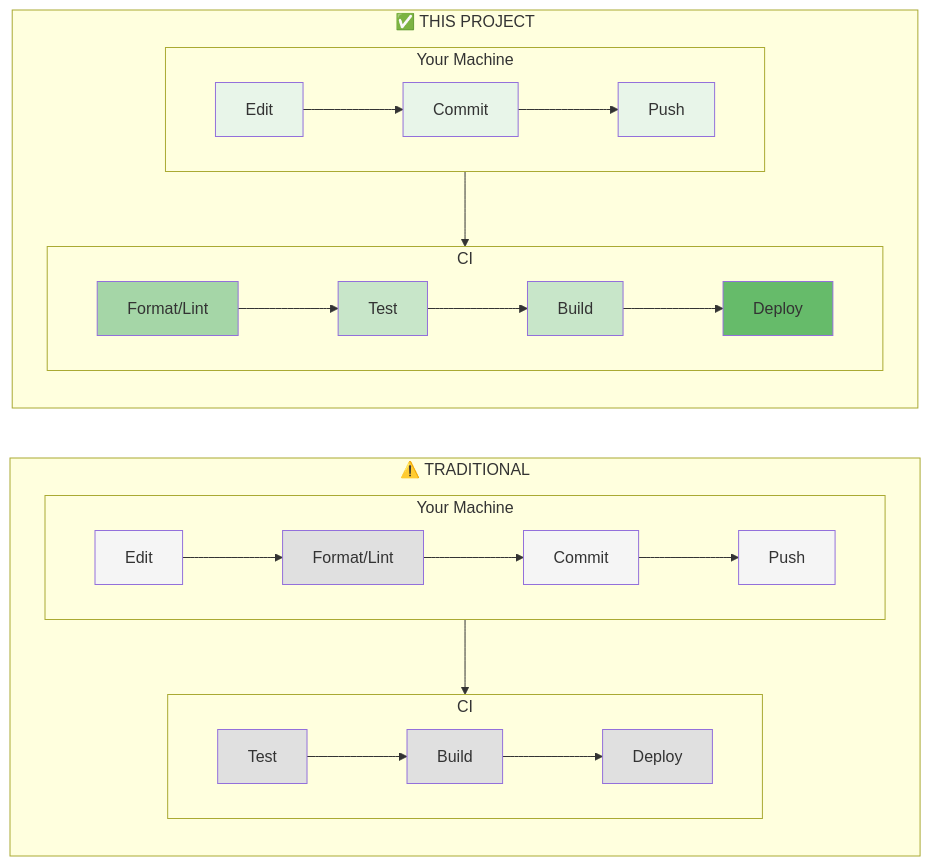
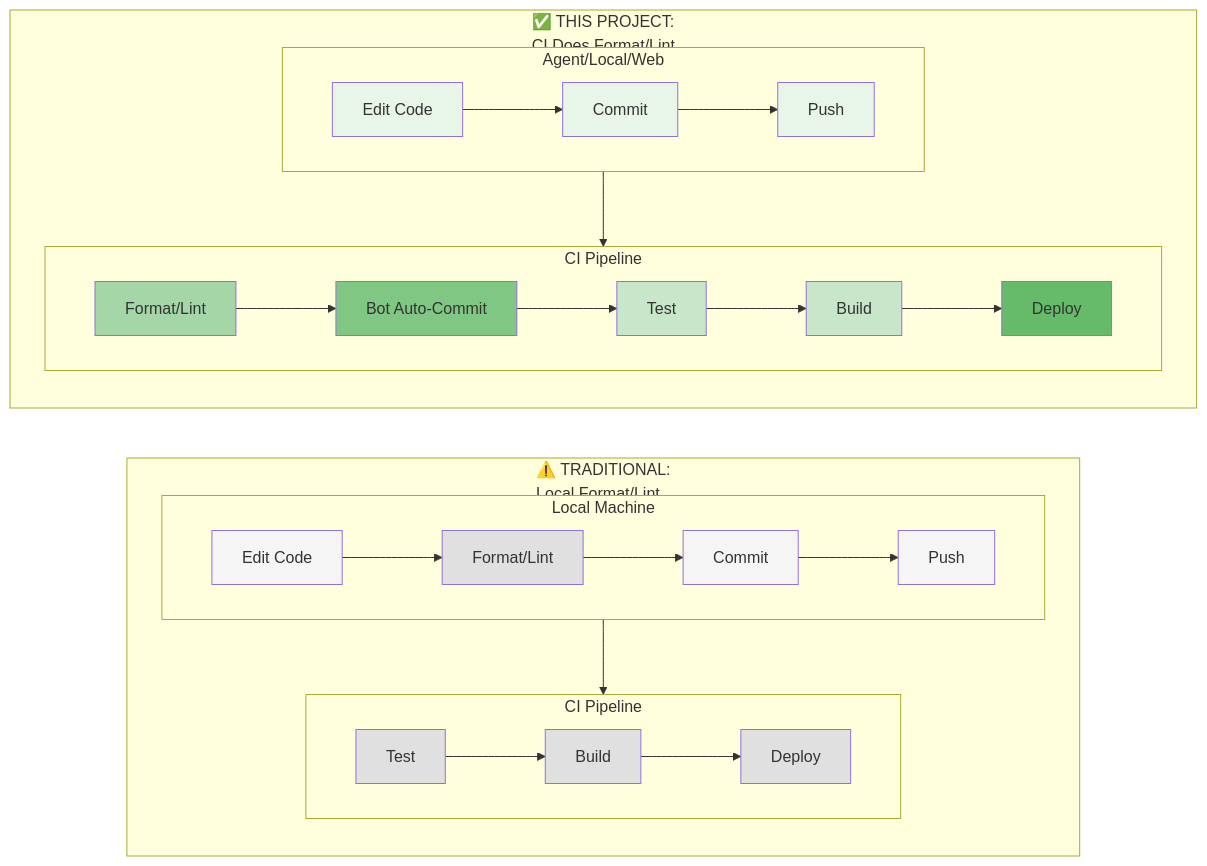
Before and after one commit to borealBytes/startup-blueprint: the first of 6 diagrams in .github/CI_CD_GUIDE.md, drawn with Mermaid. The commit also changed other lines of this file, not shown here.

Commit message:
docs(ci): restore descriptive labels and show bot auto-commit step
Add back descriptive subgraph titles with line breaks to prevent cutoff.
Show bot auto-commit step between Format/Lint and Test in CI pipeline.
Make the unique CI-first approach crystal clear.

````diff
--- a/.github/CI_CD_GUIDE.md
+++ b/.github/CI_CD_GUIDE.md
@@ -11,42 +11,43 @@
 ```mermaid
 flowchart TB
-    subgraph new ["✅ THIS PROJECT"]
+    subgraph new ["✅ THIS PROJECT:<br/>CI Does Format/Lint"]
         direction TB
-        subgraph agent ["Your Machine"]
-            B1[Edit] --> B2[Commit] --> B3[Push]
+        subgraph agent ["Agent/Local/Web"]
+            B1[Edit Code] --> B2[Commit] --> B3[Push]
         end
-        subgraph ci_new ["CI"]
-            B4[Format/Lint] --> B5[Test] --> B6[Build] --> B7[Deploy]
+        subgraph ci_new ["CI Pipeline"]
+            B4[Format/Lint] --> B5[Bot Auto-Commit] --> B6[Test] --> B7[Build] --> B8[Deploy]
         end
         agent --> ci_new
     end
 
-    subgraph old ["⚠️ TRADITIONAL"]
+    subgraph old ["⚠️ TRADITIONAL:<br/>Local Format/Lint"]
         direction TB
-        subgraph local ["Your Machine"]
-            A1[Edit] --> A2[Format/Lint] --> A3[Commit] --> A4[Push]
+        subgraph local ["Local Machine"]
+            A1[Edit Code] --> A2[Format/Lint] --> A3[Commit] --> A4[Push]
         end
-        subgraph ci_old ["CI"]
+        subgraph ci_old ["CI Pipeline"]
             A5[Test] --> A6[Build] --> A7[Deploy]
         end
         local --> ci_old
     end
 
     new ~~~ old
 
     style B1 fill:#e8f5e9
     style B2 fill:#e8f5e9
     style B3 fill:#e8f5e9
     style B4 fill:#a5d6a7
-    style B5 fill:#c8e6c9
+    style B5 fill:#81c784
     style B6 fill:#c8e6c9
-    style B7 fill:#66bb6a
+    style B7 fill:#c8e6c9
+    style B8 fill:#66bb6a
 
     style A1 fill:#f5f5f5
     style A2 fill:#e0e0e0
     style A3 fill:#f5f5f5
     style A4 fill:#f5f5f5
     style A5 fill:#e0e0e0
     style A6 fill:#e0e0e0
     style A7 fill:#e0e0e0
 ```
````
